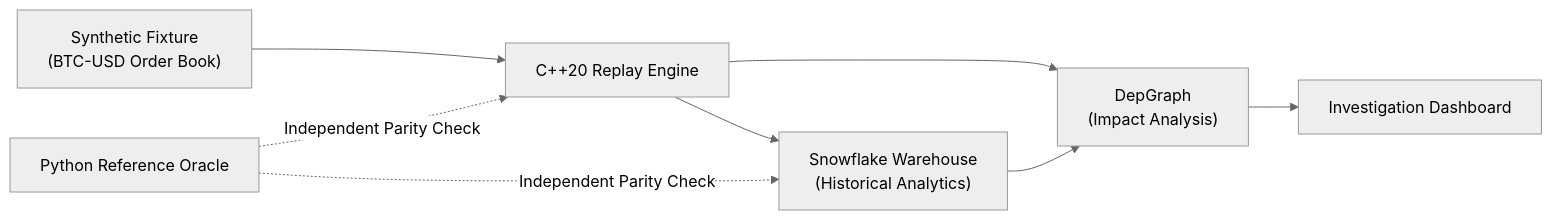
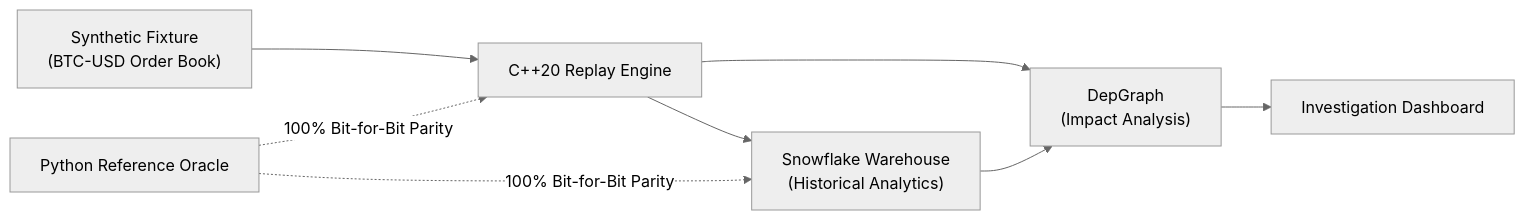
One commit to VISHNU07202003/MarketTrace changed the diagram in README.md. Above: the diagram before and after it, drawn with Mermaid (neutral theme). The commit also changed other lines of this file and 8 other files, not shown here.

````diff
--- a/README.md
+++ b/README.md
@@ -25,10 +46,10 @@
 ```mermaid
 flowchart LR
     A["Synthetic Fixture\n(BTC-USD Order Book)"] --> B["C++20 Replay Engine"]
     B --> C["Snowflake Warehouse\n(Historical Analytics)"]
     B --> D["DepGraph\n(Impact Analysis)"]
     C --> D
     D --> E["Investigation Dashboard"]
-    F["Python Reference Oracle"] -.->|"Independent Parity Check"| B
-    F -.->|"Independent Parity Check"| C
+    F["Python Reference Oracle"] -.->|"100% Bit-for-Bit Parity"| B
+    F -.->|"100% Bit-for-Bit Parity"| C
 ```
````
